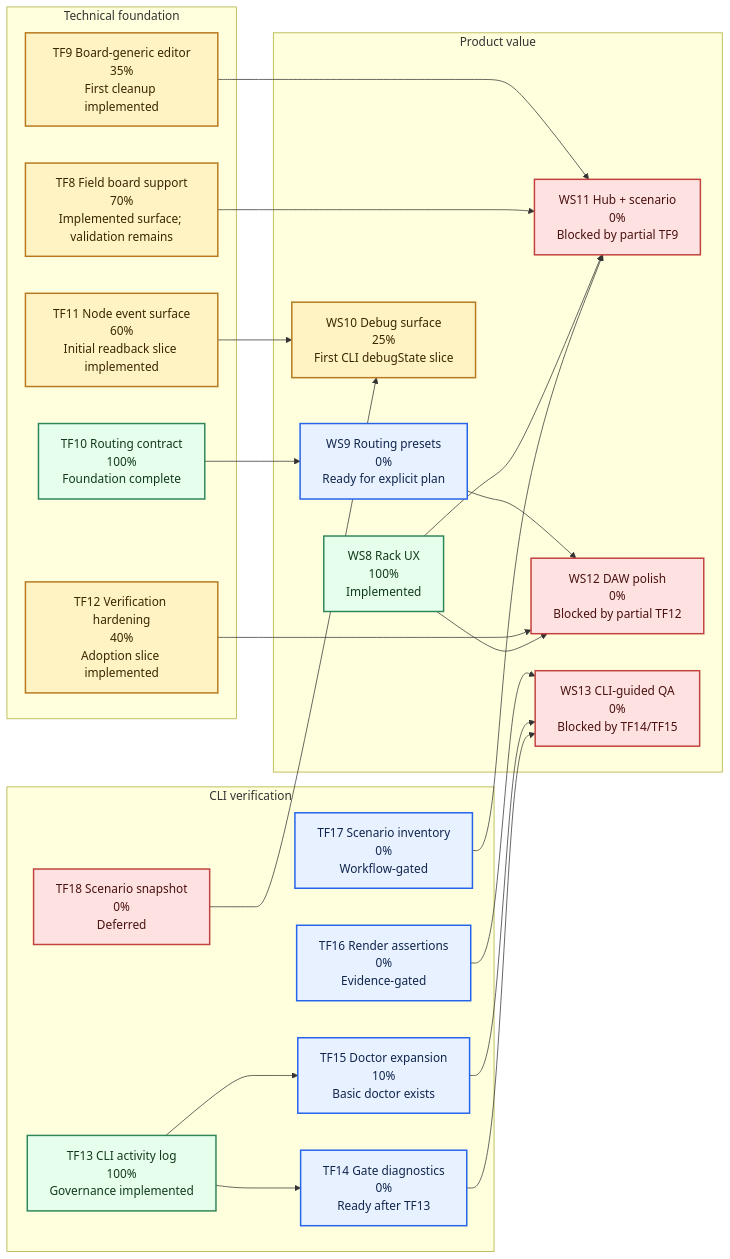
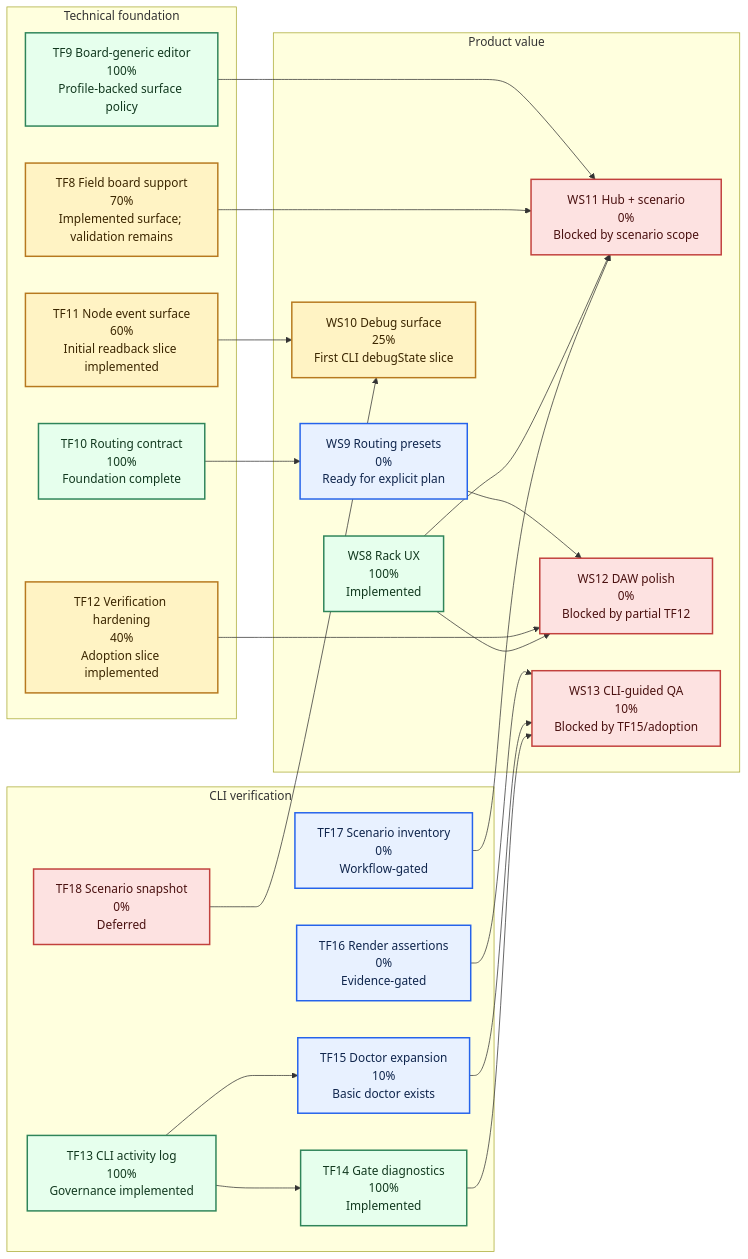
One commit to Denys/DaisyExamples changed the first of 2 diagrams in DaisyHost/WORKSTREAM_TRACKER.md. Above: the diagram before and after it, drawn with Mermaid. The commit also changed other lines of this file and 11 other files, not shown here.

````diff
--- a/DaisyHost/WORKSTREAM_TRACKER.md
+++ b/DaisyHost/WORKSTREAM_TRACKER.md
@@ -113,54 +125,54 @@
 ```mermaid
 flowchart LR
   subgraph foundation["Technical foundation"]
     tf8["TF8 Field board support<br/>70%<br/>Implemented surface; validation remains"]
-    tf9["TF9 Board-generic editor<br/>35%<br/>First cleanup implemented"]
+    tf9["TF9 Board-generic editor<br/>100%<br/>Profile-backed surface policy"]
     tf10["TF10 Routing contract<br/>100%<br/>Foundation complete"]
     tf11["TF11 Node event surface<br/>60%<br/>Initial readback slice implemented"]
     tf12["TF12 Verification hardening<br/>40%<br/>Adoption slice implemented"]
   end
 
   subgraph cli["CLI verification"]
     tf13["TF13 CLI activity log<br/>100%<br/>Governance implemented"]
-    tf14["TF14 Gate diagnostics<br/>0%<br/>Ready after TF13"]
+    tf14["TF14 Gate diagnostics<br/>100%<br/>Implemented"]
     tf15["TF15 Doctor expansion<br/>10%<br/>Basic doctor exists"]
     tf16["TF16 Render assertions<br/>0%<br/>Evidence-gated"]
     tf17["TF17 Scenario inventory<br/>0%<br/>Workflow-gated"]
     tf18["TF18 Scenario snapshot<br/>0%<br/>Deferred"]
   end
 
   subgraph product["Product value"]
     ws8["WS8 Rack UX<br/>100%<br/>Implemented"]
     ws9["WS9 Routing presets<br/>0%<br/>Ready for explicit plan"]
     ws10["WS10 Debug surface<br/>25%<br/>First CLI debugState slice"]
-    ws11["WS11 Hub + scenario<br/>0%<br/>Blocked by partial TF9"]
+    ws11["WS11 Hub + scenario<br/>0%<br/>Blocked by scenario scope"]
     ws12["WS12 DAW polish<br/>0%<br/>Blocked by partial TF12"]
-    ws13["WS13 CLI-guided QA<br/>0%<br/>Blocked by TF14/TF15"]
+    ws13["WS13 CLI-guided QA<br/>10%<br/>Blocked by TF15/adoption"]
   end
 
   tf10 --> ws9
   tf11 --> ws10
   tf13 --> tf14
   tf13 --> tf15
   tf14 --> ws13
   tf15 --> ws13
   tf16 --> ws13
   tf17 --> ws11
   tf18 --> ws10
   ws8 --> ws11
   tf8 --> ws11
   tf9 --> ws11
   ws8 --> ws12
   tf12 --> ws12
   ws9 --> ws12
 
   classDef done fill:#e6ffed,stroke:#2f855a,color:#12391f,stroke-width:2px
   classDef partial fill:#fff3c4,stroke:#b7791f,color:#3b2600,stroke-width:2px
   classDef ready fill:#e8f1ff,stroke:#2563eb,color:#10264d,stroke-width:2px
   classDef blocked fill:#fde2e1,stroke:#c2413d,color:#4a1110,stroke-width:2px
 
-  class ws8,tf10,tf13 done
-  class tf8,tf9,tf11,tf12,ws10 partial
-  class ws9,tf14,tf15,tf16,tf17 ready
+  class ws8,tf9,tf10,tf13,tf14 done
+  class tf8,tf11,tf12,ws10 partial
+  class ws9,tf15,tf16,tf17 ready
   class ws11,ws12,ws13,tf18 blocked
 ```
````
